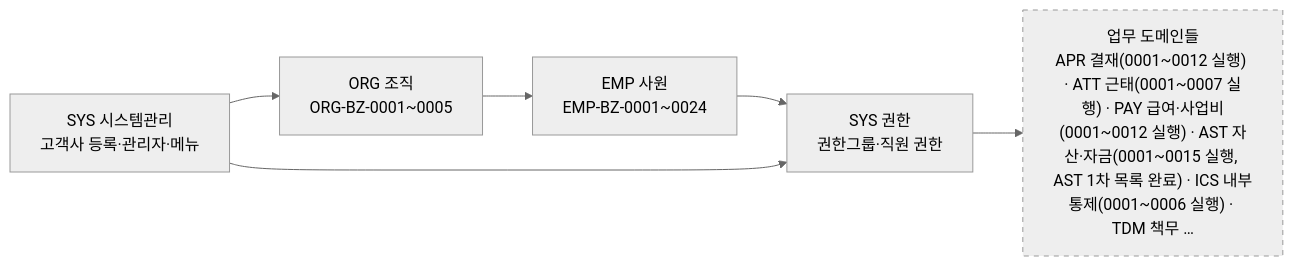
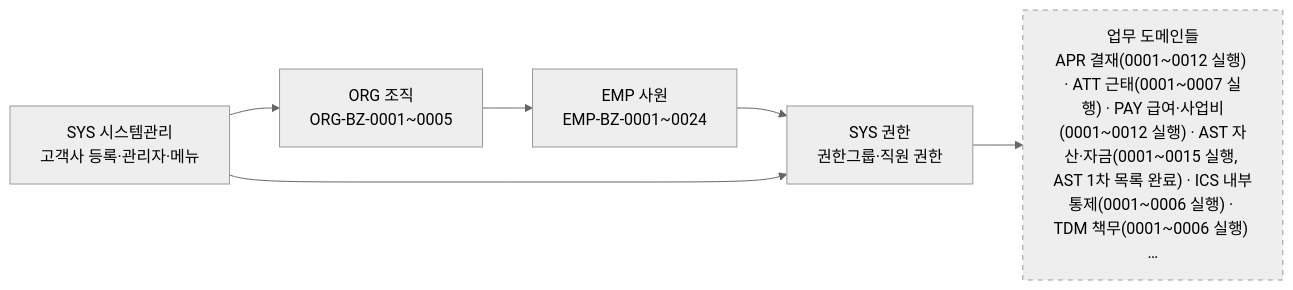
The diagram in AssetERP/docs/2-업무분석/biz-event/00-도메인Map.md (KimDoYoung/framework-sprt), drawn with Mermaid (neutral theme) before and after one commit. The commit also changed 10 other files, not shown here.

````diff
--- a/AssetERP/docs/2-업무분석/biz-event/00-도메인Map.md
+++ b/AssetERP/docs/2-업무분석/biz-event/00-도메인Map.md
@@ -6,14 +6,14 @@
 ```mermaid
 flowchart LR
     SYS["SYS 시스템관리<br/>고객사 등록·관리자·메뉴"]
     ORG["ORG 조직<br/>ORG-BZ-0001~0005"]
     EMP["EMP 사원<br/>EMP-BZ-0001~0024"]
     AUTH["SYS 권한<br/>권한그룹·직원 권한"]
-    WORK["업무 도메인들<br/>APR 결재(0001~0012 실행) · ATT 근태(0001~0007 실행) · PAY 급여·사업비(0001~0012 실행) · AST 자산·자금(0001~0015 실행, AST 1차 목록 완료) · ICS 내부통제(0001~0006 실행) · TDM 책무 …"]
+    WORK["업무 도메인들<br/>APR 결재(0001~0012 실행) · ATT 근태(0001~0007 실행) · PAY 급여·사업비(0001~0012 실행) · AST 자산·자금(0001~0015 실행, AST 1차 목록 완료) · ICS 내부통제(0001~0006 실행) · TDM 책무(0001~0006 실행) …"]
 
     SYS --> ORG --> EMP --> AUTH --> WORK
     SYS --> AUTH
 
     classDef todo stroke-dasharray: 5 5
     class WORK todo
 ```
````
